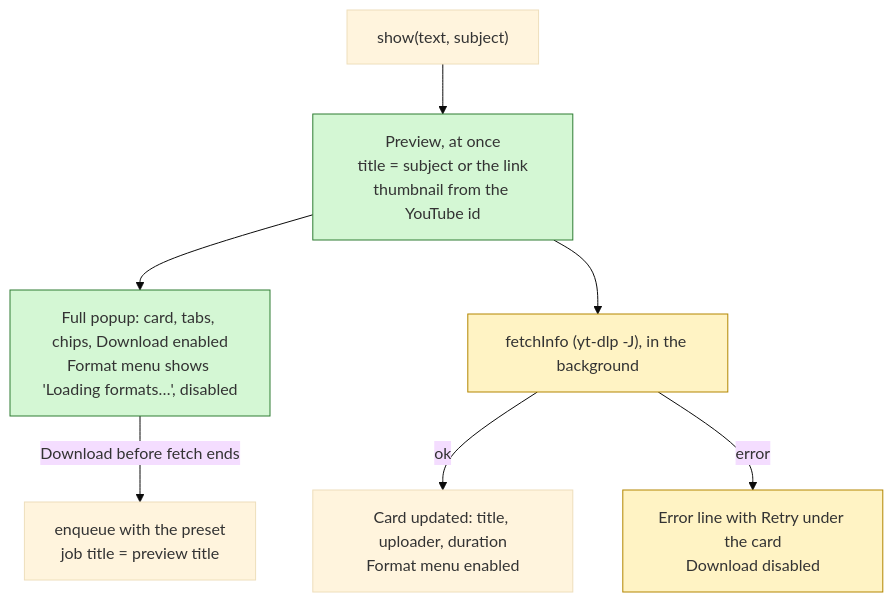
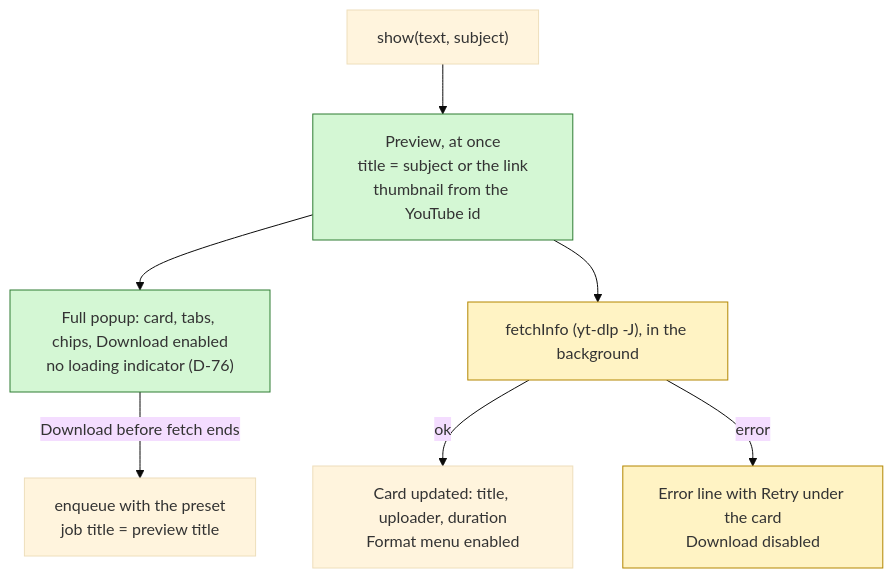
Before and after one commit to vasile-novatchii/ftube: the fifth of 7 diagrams in docs/spec-v0.4-share.md, drawn with Mermaid (base theme). The commit also changed other lines of this file and 19 other files, not shown here.

Commit message:
feat: share popup offers only the format chips a video has, and fetches without waiting for the yt-dlp update

````diff
--- a/docs/spec-v0.4-share.md
+++ b/docs/spec-v0.4-share.md
@@ -208,13 +208,13 @@
 ```mermaid
 flowchart TD
   share["show(text, subject)"] --> pre["Preview, at once<br/>title = subject or the link<br/>thumbnail from the YouTube id"]
-  pre --> ui["Full popup: card, tabs, chips, Download enabled<br/>Format menu shows 'Loading formats…', disabled"]
+  pre --> ui["Full popup: card, tabs, chips, Download enabled<br/>no loading indicator (D-76)"]
   pre --> fetch["fetchInfo (yt-dlp -J), in the background"]
   fetch -->|ok| ready["Card updated: title, uploader, duration<br/>Format menu enabled"]
   fetch -->|error| err["Error line with Retry under the card<br/>Download disabled"]
   ui -->|"Download before fetch ends"| q["enqueue with the preset<br/>job title = preview title"]
   classDef new fill:#d4f7d4,stroke:#2e7d32
   classDef changed fill:#fff3c4,stroke:#b38600
   class pre,ui new
   class fetch,err changed
 ```
````
